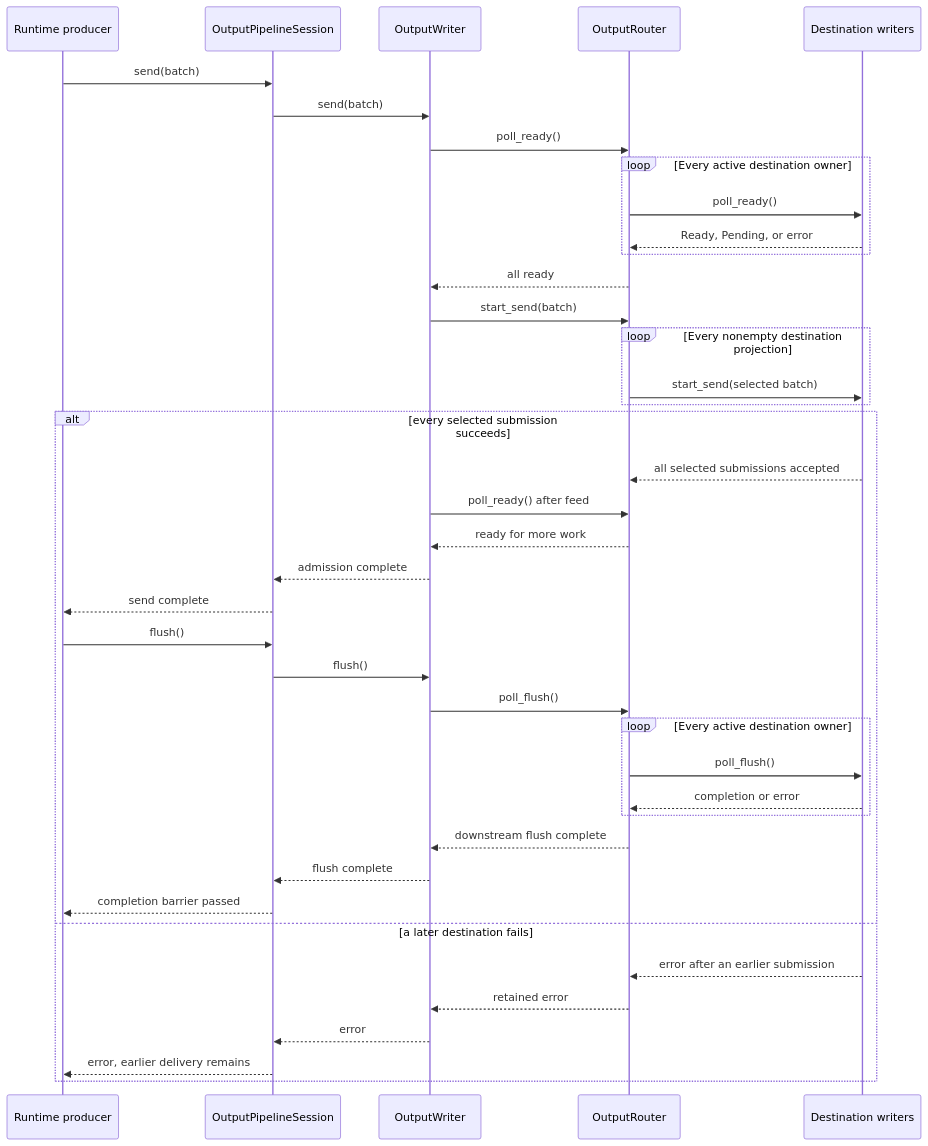
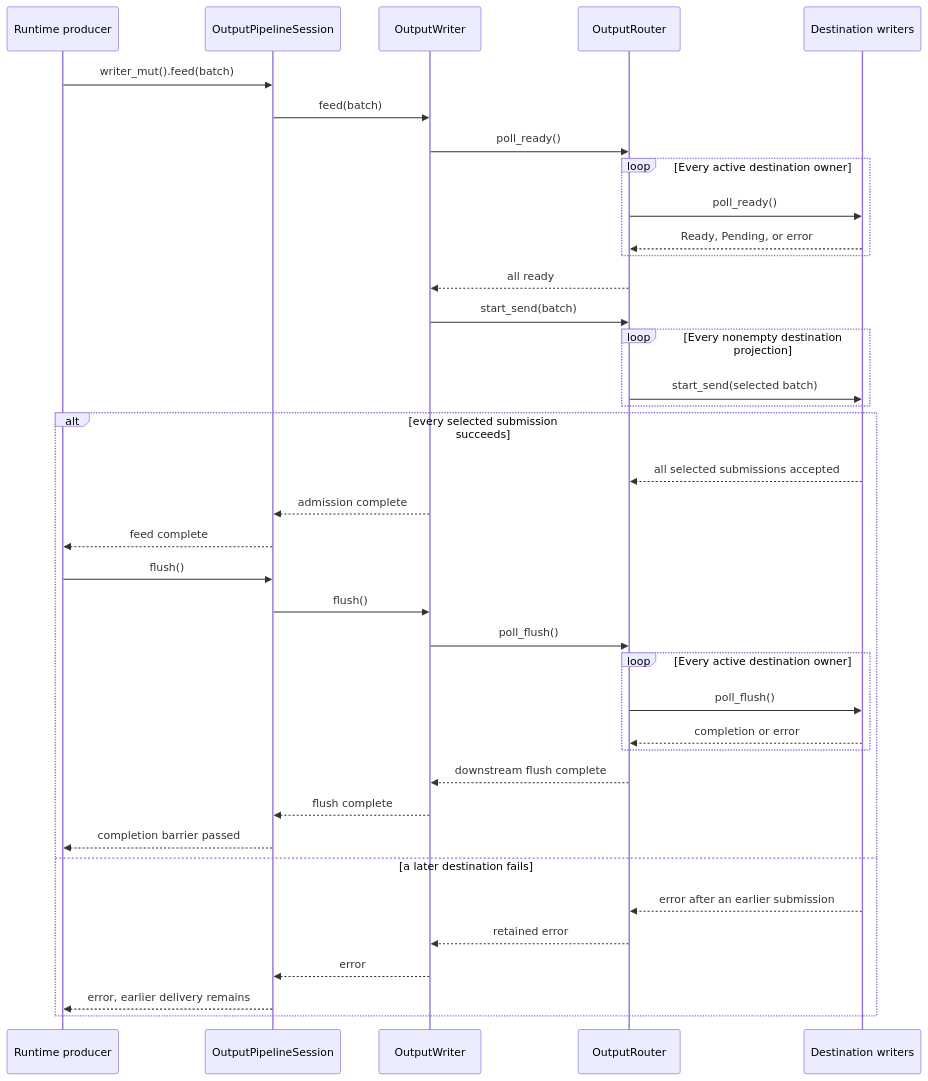
Before and after one commit to INTO-CPS-Association/robosapiens-trustworthiness-checker: the fourth of 4 diagrams in docs/src/output.md, drawn with Mermaid. The commit also changed other lines of this file and 109 other files, not shown here.

````diff
--- a/docs/src/output.md
+++ b/docs/src/output.md
@@ -179,46 +226,44 @@
 ```mermaid
 sequenceDiagram
     accTitle: Output admission and downstream completion are separate
-    accDescr: A producer sends through OutputPipelineSession and OutputWriter to OutputRouter. The router waits for every destination writer to become ready, then submits each nonempty destination projection. A successful send returns after the pipeline is ready for more work. A later flush waits for every destination writer. A destination failure is retained and does not reverse an earlier destination submission.
+    accDescr: A producer sends through OutputPipelineSession and OutputWriter to OutputRouter. The router waits for every destination writer to become ready, then submits each nonempty destination projection. A successful feed returns after admission. A later flush waits for every destination writer; send combines both operations. A destination failure is retained and does not reverse an earlier destination submission.
 
     participant producer as Runtime producer
     participant session as OutputPipelineSession
     participant writer as OutputWriter
     participant router as OutputRouter
     participant destinations as Destination writers
 
-    producer->>session: send(batch)
-    session->>writer: send(batch)
+    producer->>session: writer_mut().feed(batch)
+    session->>writer: feed(batch)
     writer->>router: poll_ready()
     loop Every active destination owner
         router->>destinations: poll_ready()
         destinations-->>router: Ready, Pending, or error
     end
     router-->>writer: all ready
     writer->>router: start_send(batch)
     loop Every nonempty destination projection
         router->>destinations: start_send(selected batch)
     end
     alt every selected submission succeeds
         destinations-->>router: all selected submissions accepted
-        writer->>router: poll_ready() after feed
-        router-->>writer: ready for more work
         writer-->>session: admission complete
-        session-->>producer: send complete
+        session-->>producer: feed complete
         producer->>session: flush()
         session->>writer: flush()
         writer->>router: poll_flush()
         loop Every active destination owner
             router->>destinations: poll_flush()
             destinations-->>router: completion or error
         end
         router-->>writer: downstream flush complete
         writer-->>session: flush complete
         session-->>producer: completion barrier passed
     else a later destination fails
         destinations-->>router: error after an earlier submission
         router-->>writer: retained error
         writer-->>session: error
         session-->>producer: error, earlier delivery remains
     end
 ```
````
